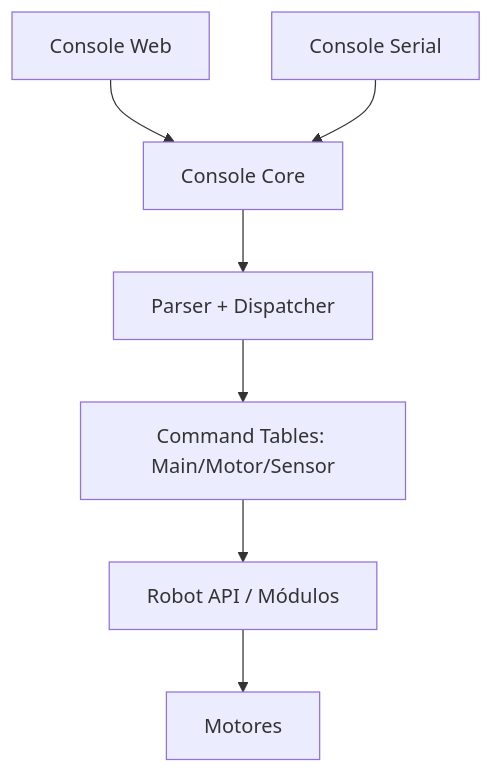
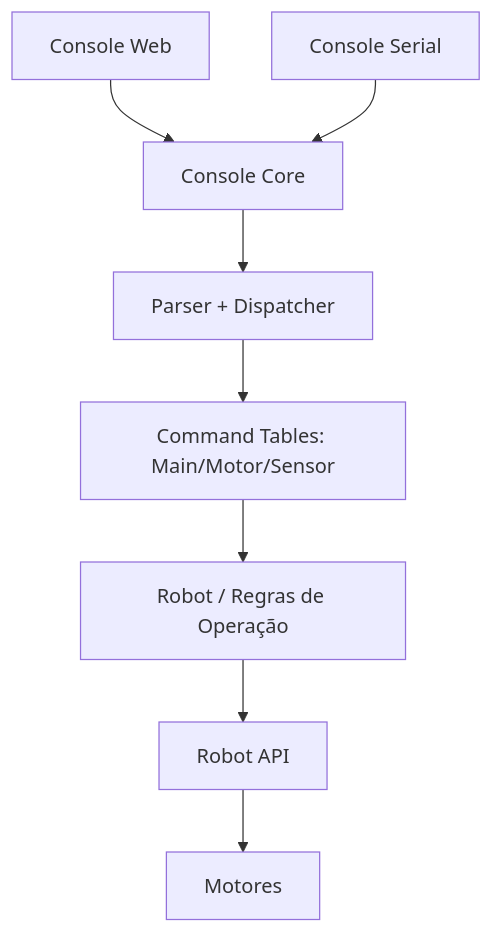
Before and after one commit to joaopedrodurante26-bit/Robo_Didatico_TCC: the second of 5 diagrams in docs/Arquitetura_Firmware.md, drawn with Mermaid. The commit also changed other lines of this file, not shown here.

Commit message:
Atualiza a documentação da arquitetura do firmware, adicionando a `Robot API`, `RobotConfig` e regras de governança do `RobotState`, além de descrever a evolução prevista do `SensorManager`.

````diff
--- a/docs/Arquitetura_Firmware.md
+++ b/docs/Arquitetura_Firmware.md
@@ -32,10 +49,11 @@
 ```mermaid
 flowchart TD
     W[Console Web] --> C[Console Core]
     S[Console Serial] --> C
 
     C --> P[Parser + Dispatcher]
     P --> T[Command Tables: Main/Motor/Sensor]
-    T --> R[Robot API / Módulos]
-    R --> MT[Motores]
+    T --> R[Robot / Regras de Operação]
+    R --> A[Robot API]
+    A --> MT[Motores]
 ```
````
